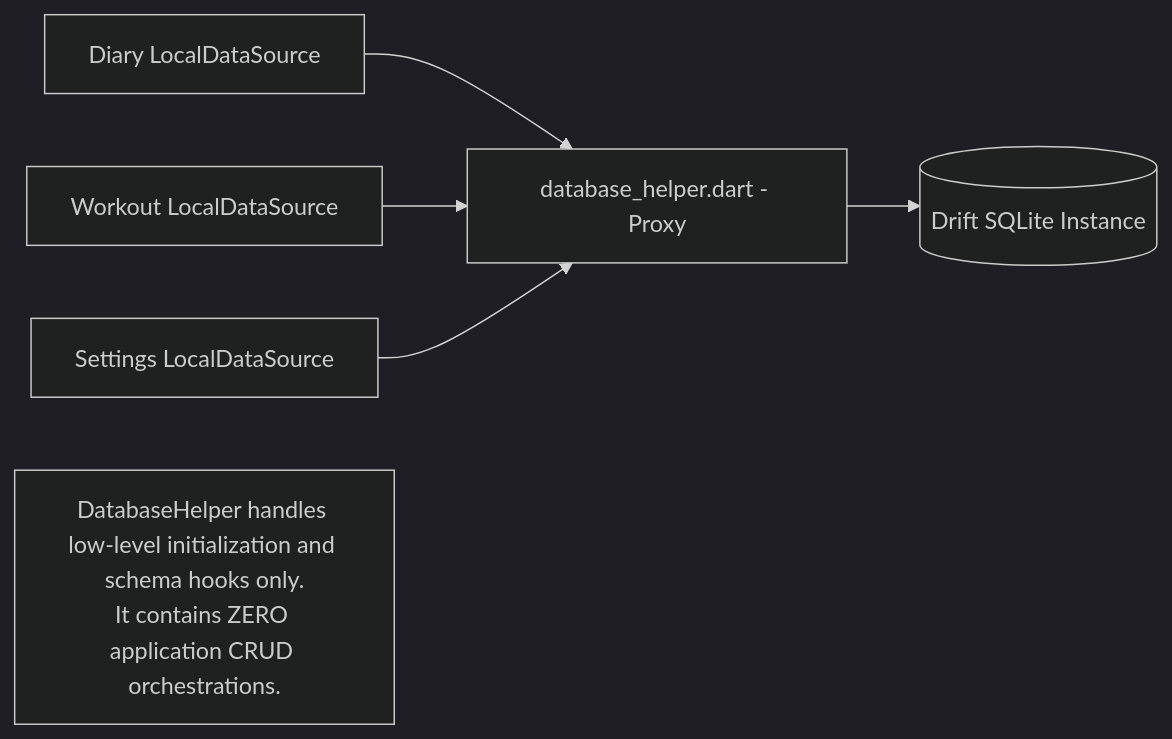
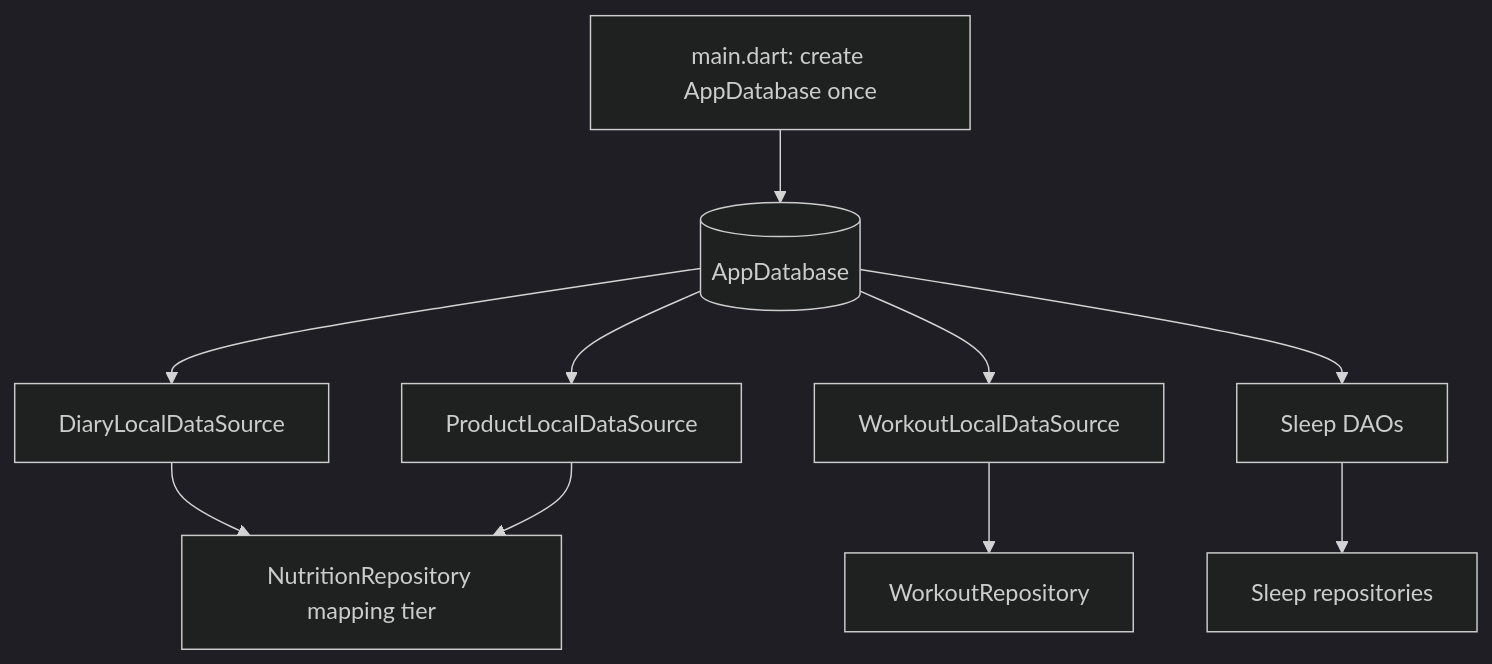
One commit to rfivesix/hypertrack changed the second of 3 diagrams in documentation/architecture.md. Above: the diagram before and after it, drawn with Mermaid (dark theme). The commit also changed other lines of this file and 8 other files, not shown here.

First line of the commit message:
docs: synchronize architecture and feature path references

````diff
--- a/documentation/architecture.md
+++ b/documentation/architecture.md
@@ -115,10 +78,14 @@
 ```mermaid
-graph LR
-    FeatureA[Diary LocalDataSource] --> DB[database_helper.dart - Proxy]
-    FeatureB[Workout LocalDataSource] --> DB
-    FeatureC[Settings LocalDataSource] --> DB
+graph TD
+    APP[main.dart: create AppDatabase once] --> DB[(AppDatabase)]
 
-    DB --> SQLite[(Drift SQLite Instance)]
+    DB --> DIARY[DiaryLocalDataSource]
+    DB --> PRODUCT[ProductLocalDataSource]
+    DB --> WORKOUT[WorkoutLocalDataSource]
+    DB --> SLEEPDAO[Sleep DAOs]
 
-    note[DatabaseHelper handles low-level initialization and schema hooks only.<br/>It contains ZERO application CRUD orchestrations.]
+    DIARY --> NUTRI[NutritionRepository mapping tier]
+    PRODUCT --> NUTRI
+    WORKOUT --> WREP[WorkoutRepository]
+    SLEEPDAO --> SREPO[Sleep repositories]
 ```
````
